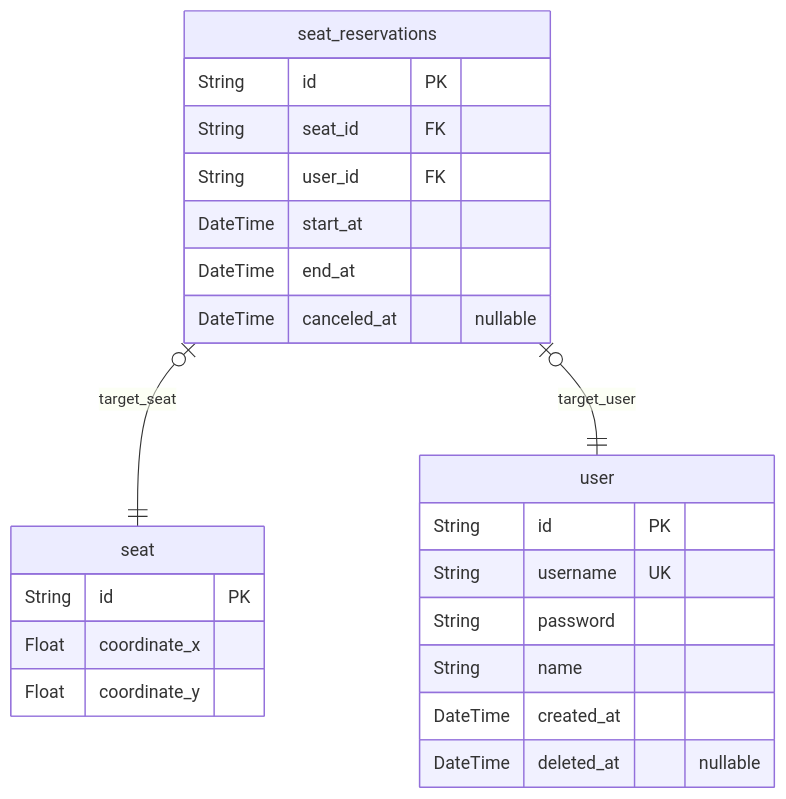
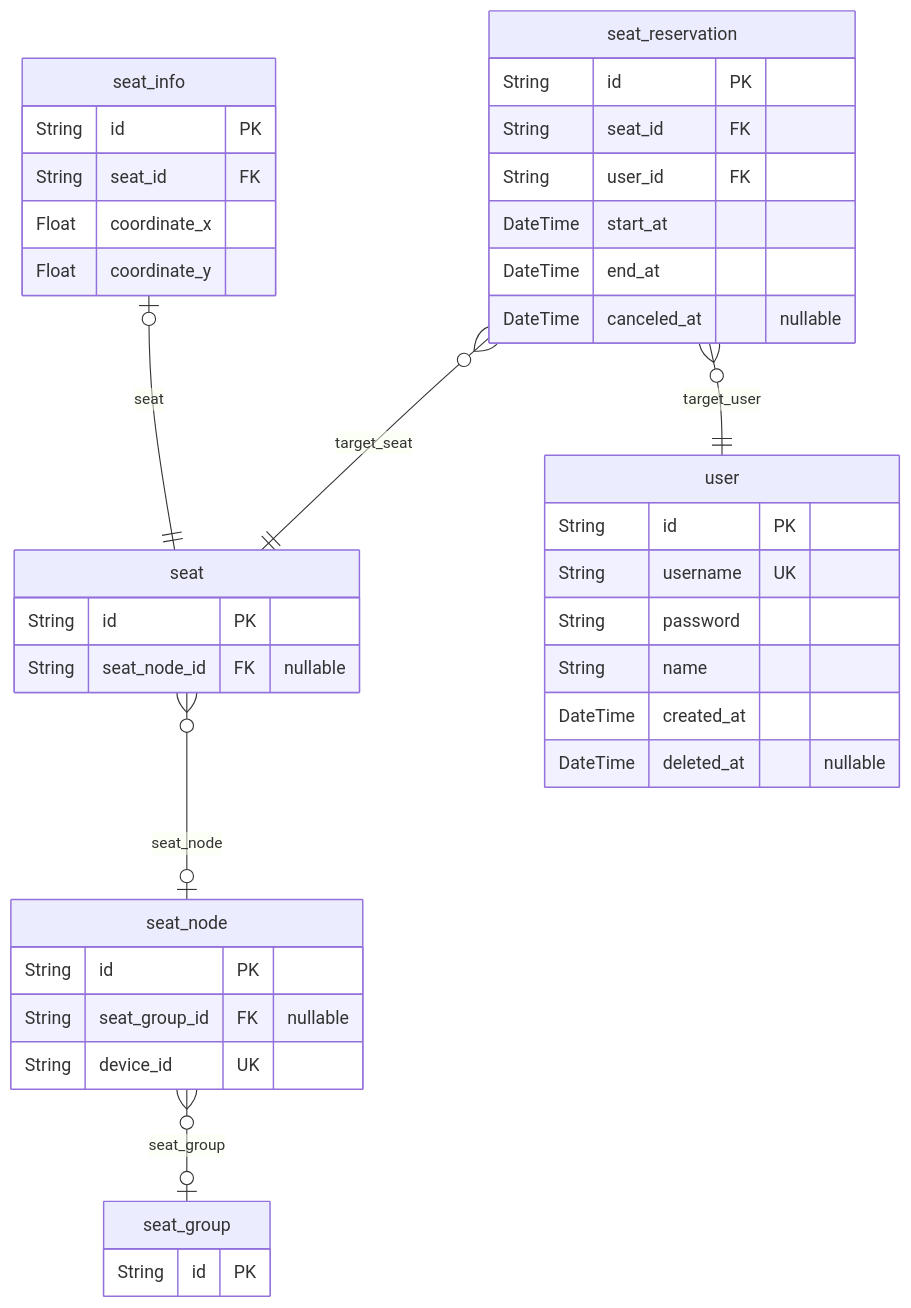
Before and after one commit to Switch1220/klib: the diagram in server/docs/ERD.md, drawn with Mermaid. The commit also changed other lines of this file and 4 other files, not shown here.

Commit message:
Add node, group table

````diff
--- a/server/docs/ERD.md
+++ b/server/docs/ERD.md
@@ -7,26 +7,42 @@
 ```mermaid
 erDiagram
 "user" {
   String id PK
   String username UK
   String password
   String name
   DateTime created_at
   DateTime deleted_at "nullable"
 }
 "seat" {
   String id PK
+  String seat_node_id FK "nullable"
+}
+"seat_info" {
+  String id PK
+  String seat_id FK
   Float coordinate_x
   Float coordinate_y
 }
-"seat_reservations" {
+"seat_node" {
+  String id PK
+  String seat_group_id FK "nullable"
+  String device_id UK
+}
+"seat_group" {
+  String id PK
+}
+"seat_reservation" {
   String id PK
   String seat_id FK
   String user_id FK
   DateTime start_at
   DateTime end_at
   DateTime canceled_at "nullable"
 }
-"seat_reservations" |o--|| "seat" : target_seat
-"seat_reservations" |o--|| "user" : target_user
+"seat" }o--o| "seat_node" : seat_node
+"seat_info" |o--|| "seat" : seat
+"seat_node" }o--o| "seat_group" : seat_group
+"seat_reservation" }o--|| "seat" : target_seat
+"seat_reservation" }o--|| "user" : target_user
 ```
````
